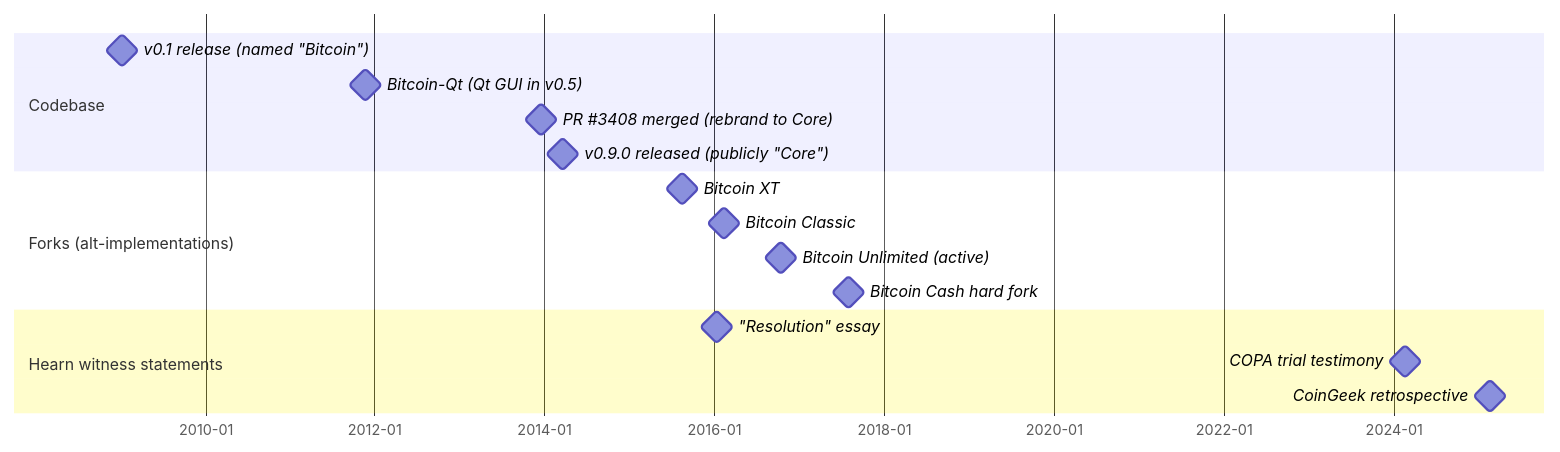
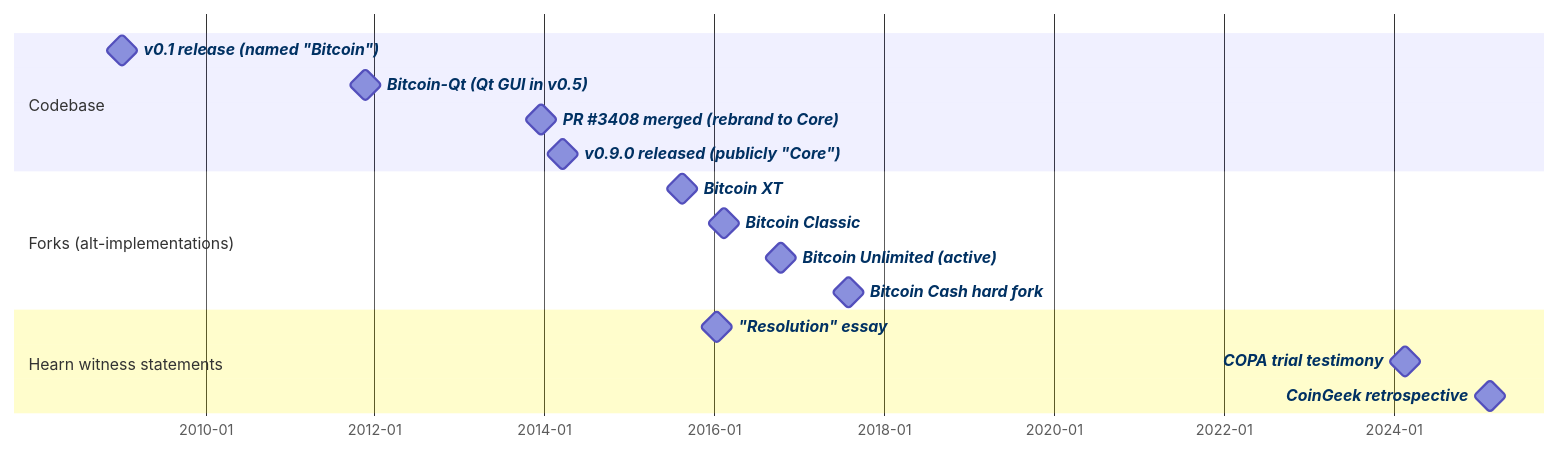
The diagram in src/data/entries/en/analysis/2014-03-19-bitcoin-core-rebrand-authority-effects.md (cypher256/BitcoinArchive), drawn with Mermaid before and after one commit. The commit also changed 6 other files, not shown here.

````diff
--- a/src/data/entries/en/analysis/2014-03-19-bitcoin-core-rebrand-authority-effects.md
+++ b/src/data/entries/en/analysis/2014-03-19-bitcoin-core-rebrand-authority-effects.md
@@ -97,22 +97,34 @@
 ```mermaid
 gantt
     dateFormat YYYY-MM-DD
     axisFormat %Y-%m
 
     section Codebase
-    v0.1 release (named "Bitcoin")          :milestone, 2009-01-09, 1d
-    Bitcoin-Qt (Qt GUI in v0.5)             :milestone, 2011-11-20, 1d
-    PR #3408 merged (rebrand to Core)       :milestone, 2013-12-16, 1d
-    v0.9.0 released (publicly "Core")       :milestone, 2014-03-19, 1d
+    v0.1 release (named "Bitcoin")          :milestone, v01,    2009-01-09, 1d
+    Bitcoin-Qt (Qt GUI in v0.5)             :milestone, v05,    2011-11-20, 1d
+    PR #3408 merged (rebrand to Core)       :milestone, pr3408, 2013-12-16, 1d
+    v0.9.0 released (publicly "Core")       :milestone, v090,   2014-03-19, 1d
 
     section Forks (alt-implementations)
-    Bitcoin XT                              :milestone, 2015-08-15, 1d
-    Bitcoin Classic                         :milestone, 2016-02-10, 1d
-    Bitcoin Unlimited (active)              :milestone, 2016-10-14, 1d
-    Bitcoin Cash hard fork                  :milestone, 2017-08-01, 1d
+    Bitcoin XT                              :milestone, xt,      2015-08-15, 1d
+    Bitcoin Classic                         :milestone, classic, 2016-02-10, 1d
+    Bitcoin Unlimited (active)              :milestone, bu,      2016-10-14, 1d
+    Bitcoin Cash hard fork                  :milestone, bch,     2017-08-01, 1d
 
     section Hearn witness statements
-    "Resolution" essay                      :milestone, 2016-01-14, 1d
-    COPA trial testimony                    :milestone, 2024-02-22, 1d
-    CoinGeek retrospective                  :milestone, 2025-02-21, 1d
+    "Resolution" essay                      :milestone, h2016,   2016-01-14, 1d
+    COPA trial testimony                    :milestone, h2024,   2024-02-22, 1d
+    CoinGeek retrospective                  :milestone, h2025,   2025-02-21, 1d
+
+    click v01    href "/BitcoinArchive/entries/sourceforge/2009-01-09-bitcoin-v01-released/"
+    click v05    href "/BitcoinArchive/entries/aftermath/2011-11-20-bitcoin-v05-removes-cryptopp-dependency/"
+    click pr3408 href "https://github.com/bitcoin/bitcoin/pull/3408"
+    click v090   href "https://bitcoin.org/en/release/v0.9.0"
+    click xt     href "https://en.wikipedia.org/wiki/Bitcoin_XT"
+    click classic href "https://en.wikipedia.org/wiki/Bitcoin_Classic"
+    click bu     href "https://en.wikipedia.org/wiki/Bitcoin_Unlimited"
+    click bch    href "https://en.wikipedia.org/wiki/Bitcoin_Cash"
+    click h2016  href "/BitcoinArchive/entries/aftermath/2016-01-14-mike-hearn-resolution-bitcoin-experiment/"
+    click h2024  href "/BitcoinArchive/entries/aftermath/2024-02-22-mike-hearn-copa-trial-testimony/"
+    click h2025  href "/BitcoinArchive/entries/aftermath/2025-02-21-mike-hearn-coingeek-retrospective/"
 ```
````
